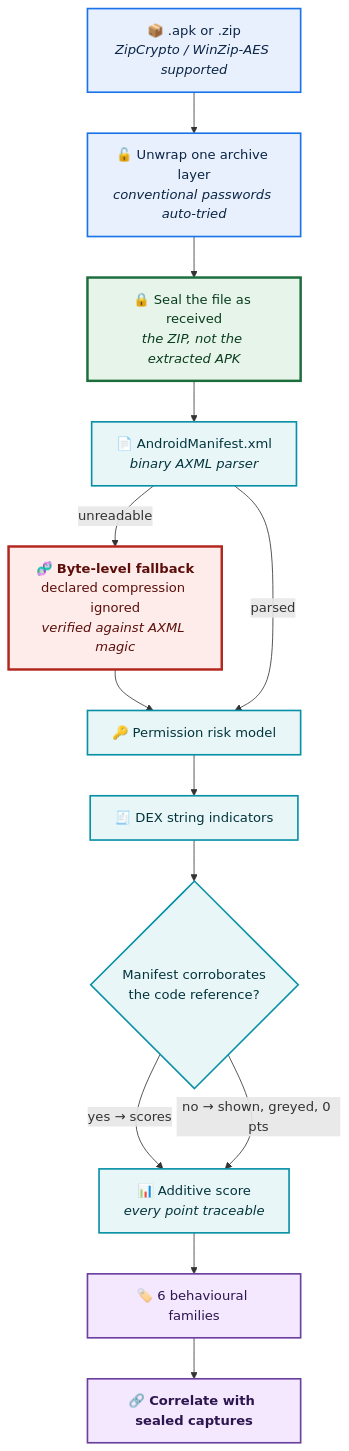
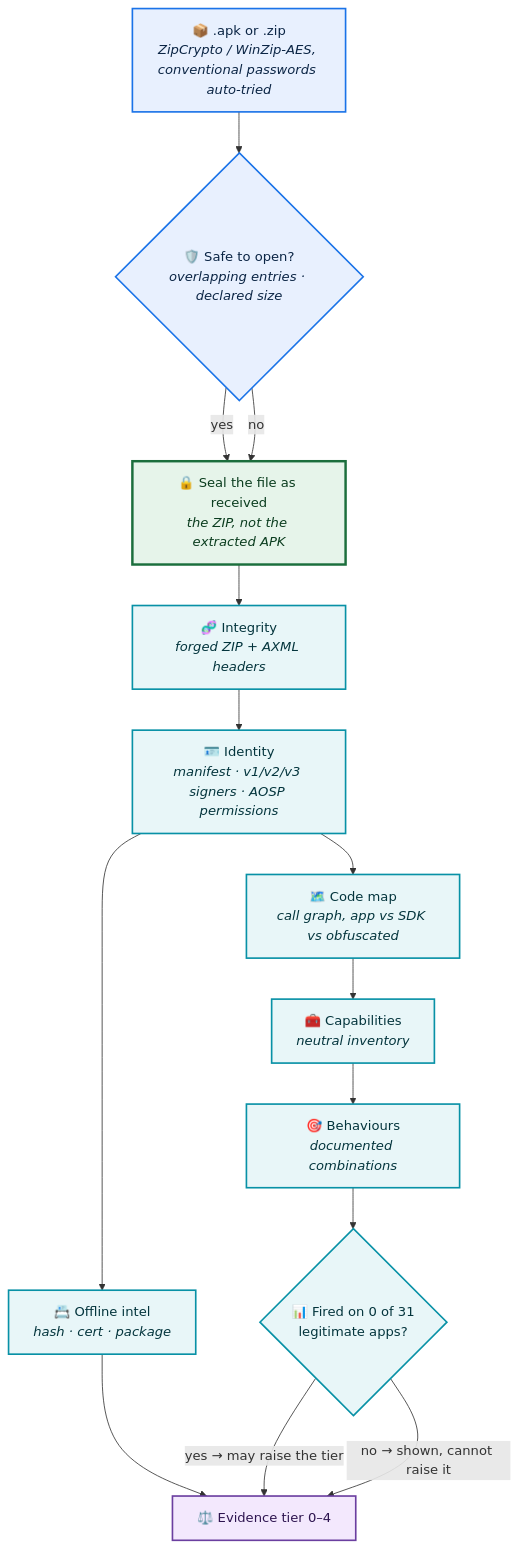
Before and after one commit to Anbu-00001/NetForensiq: the sixth of 10 diagrams in README.md, drawn with Mermaid. The commit also changed other lines of this file and 47 other files, not shown here.

First line of the commit message:
Replace APK risk score with measured evidence tiers

````diff
--- a/README.md
+++ b/README.md
@@ -242,33 +242,29 @@
 ```mermaid
 flowchart TD
-    Z["📦 .apk or .zip<br/><i>ZipCrypto / WinZip-AES supported</i>"]
-    UZ["🔓 Unwrap one archive layer<br/><i>conventional passwords auto-tried</i>"]
+    Z["📦 .apk or .zip<br/><i>ZipCrypto / WinZip-AES, conventional passwords auto-tried</i>"]
+    SAFE{"🛡️ Safe to open?<br/><i>overlapping entries · declared size</i>"}
     SEAL["🔒 Seal the file as received<br/><i>the ZIP, not the extracted APK</i>"]
-    MAN["📄 AndroidManifest.xml<br/><i>binary AXML parser</i>"]
-    RAW["🧬 <b>Byte-level fallback</b><br/>declared compression ignored<br/><i>verified against AXML magic</i>"]
-    PERM["🔑 Permission risk model"]
-    DEX["🧾 DEX string indicators"]
-    CORROB{"Manifest corroborates<br/>the code reference?"}
-    SCORE["📊 Additive score<br/><i>every point traceable</i>"]
-    FAM["🏷️ 6 behavioural families"]
-    NET["🔗 <b>Correlate with sealed captures</b>"]
+    INT["🧬 Integrity<br/><i>forged ZIP + AXML headers</i>"]
+    ID["🪪 Identity<br/><i>manifest · v1/v2/v3 signers · AOSP permissions</i>"]
+    MAP["🗺️ Code map<br/><i>call graph, app vs SDK vs obfuscated</i>"]
+    CAP["🧰 Capabilities<br/><i>neutral inventory</i>"]
+    BEH["🎯 Behaviours<br/><i>documented combinations</i>"]
+    INTEL["📇 Offline intel<br/><i>hash · cert · package</i>"]
+    BASE{"📊 Fired on 0 of 31<br/>legitimate apps?"}
+    T["⚖️ Evidence tier 0–4"]
 
-    Z --> UZ --> SEAL --> MAN
-    MAN -->|"unreadable"| RAW --> PERM
-    MAN -->|"parsed"| PERM
-    PERM --> DEX --> CORROB
-    CORROB -->|"yes → scores"| SCORE
-    CORROB -->|"no → shown, greyed, 0 pts"| SCORE
-    SCORE --> FAM --> NET
+    Z --> SAFE -->|yes| SEAL --> INT --> ID --> MAP --> CAP --> BEH --> BASE
+    SAFE -->|no| SEAL
+    ID --> INTEL --> T
+    BASE -->|"yes → may raise the tier"| T
+    BASE -->|"no → shown, cannot raise it"| T
 
     classDef intake fill:#E8F0FE,stroke:#1A73E8,stroke-width:2px,color:#0B2545
     classDef seal fill:#E6F4EA,stroke:#1B6E3C,stroke-width:3px,color:#0B3D1F
     classDef parse fill:#E8F6F8,stroke:#0891A6,stroke-width:2px,color:#04353D
-    classDef evade fill:#FDECEA,stroke:#B3261E,stroke-width:3px,color:#5C0F0A
     classDef out fill:#F3E8FD,stroke:#6B3FA0,stroke-width:2px,color:#2E1550
-    class Z,UZ intake
+    class Z,SAFE intake
     class SEAL seal
-    class MAN,PERM,DEX,CORROB,SCORE parse
-    class RAW evade
-    class FAM,NET out
+    class INT,ID,MAP,CAP,BEH,INTEL,BASE parse
+    class T out
 ```
````
